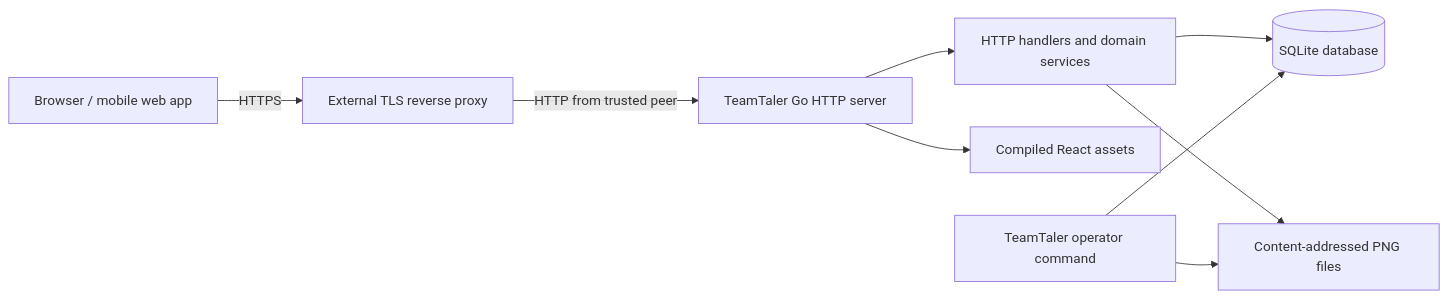
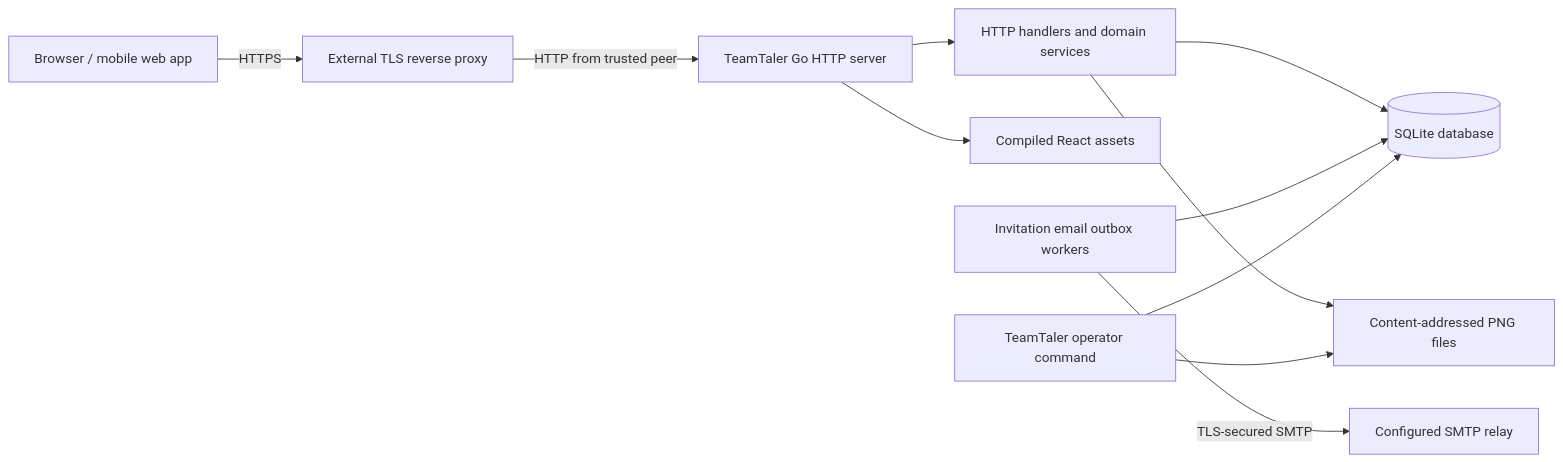
Before and after one commit to DasLukas/TeamTaler: the first of 2 diagrams in ARCHITECTURE.md, drawn with Mermaid. The commit also changed other lines of this file and 69 other files, not shown here.

````diff
--- a/ARCHITECTURE.md
+++ b/ARCHITECTURE.md
@@ -9,11 +9,13 @@
 ```mermaid
 flowchart LR
     Browser["Browser / mobile web app"] -->|HTTPS| Proxy["External TLS reverse proxy"]
     Proxy -->|HTTP from trusted peer| HTTP["TeamTaler Go HTTP server"]
     HTTP --> API["HTTP handlers and domain services"]
     HTTP --> SPA["Compiled React assets"]
     API --> DB[("SQLite database")]
     API --> Images["Content-addressed PNG files"]
+    Worker["Invitation email outbox workers"] --> DB
+    Worker -->|"TLS-secured SMTP"| SMTP["Configured SMTP relay"]
     CLI["TeamTaler operator command"] --> DB
     CLI --> Images
 ```
````
